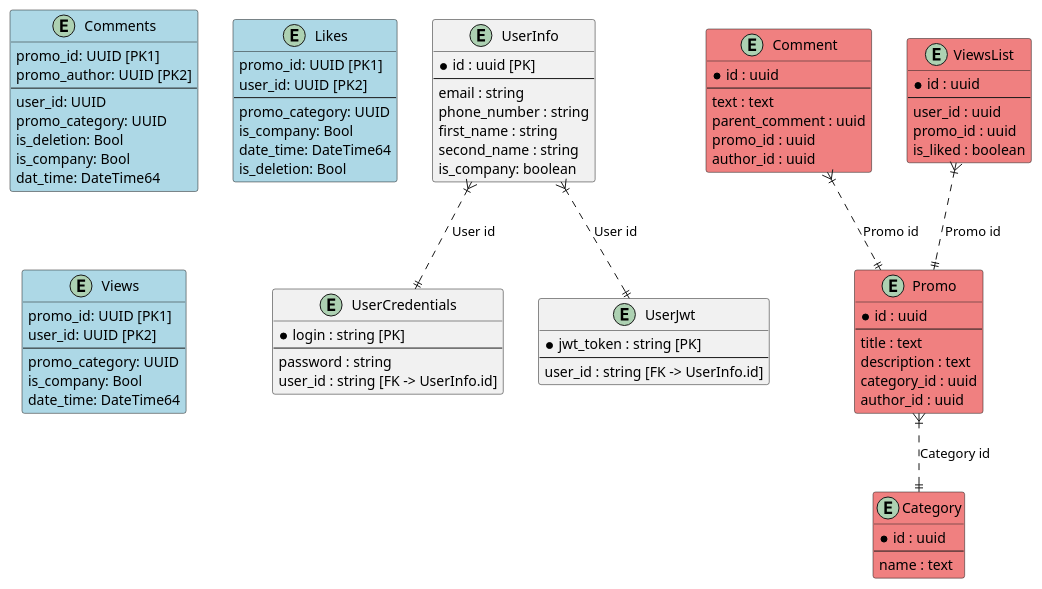
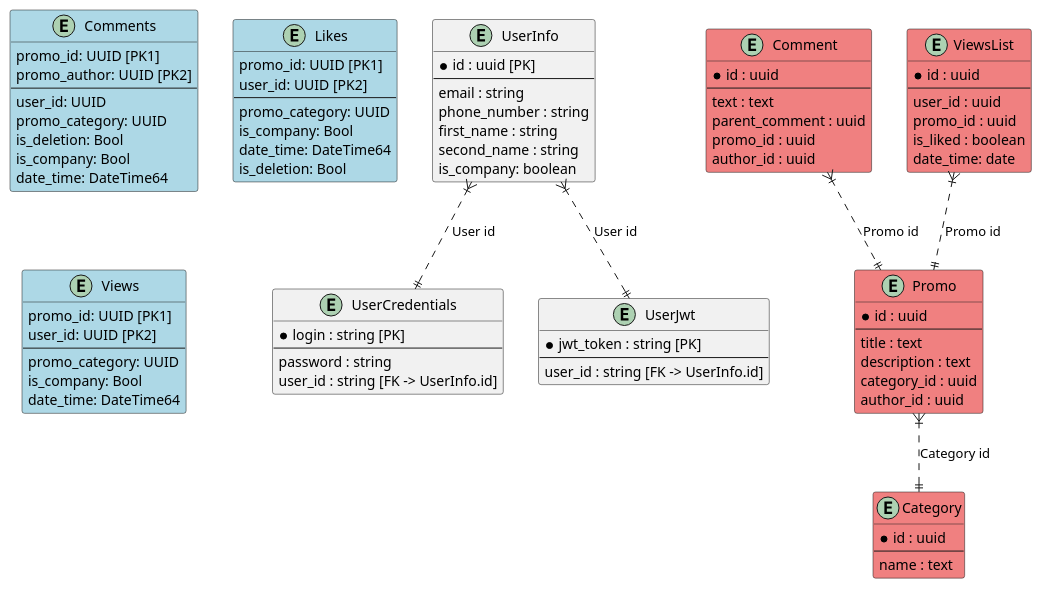
The diagram in doc/scheme.puml (danilabokhanov/loyatly-program-platform), drawn with PlantUML before and after one commit. The commit also changed 1 other file, not shown here.

```diff
--- a/doc/scheme.puml
+++ b/doc/scheme.puml
@@ -1,97 +1,98 @@
 @startuml
 
 entity "UserInfo" {
     * id : uuid [PK]
     --
     email : string
     phone_number : string
     first_name : string
     second_name : string
     is_company: boolean
 }
 
 entity "UserCredentials" {
     * login : string [PK]
     --
     password : string
     user_id : string [FK -> UserInfo.id]
 }
 
 entity "UserJwt" {
     * jwt_token : string [PK]
     --
     user_id : string [FK -> UserInfo.id]
 }
 
 UserInfo }|..|| UserCredentials : "User id"
 UserInfo }|..|| UserJwt : "User id"
 
 
 entity Promo #lightcoral {
     *id : uuid
     --
     title : text
     description : text
     category_id : uuid
     author_id : uuid
 }
 
 entity Category #lightcoral {
     *id : uuid
     --
     name : text
 }
 
 entity Comment #lightcoral {
     *id : uuid
     --
     text : text
     parent_comment : uuid
     promo_id : uuid
     author_id : uuid
 }
 
 entity ViewsList #lightcoral {
     *id : uuid
     --
     user_id : uuid
     promo_id : uuid
     is_liked : boolean
+    date_time: date
 }
 
 Promo }|..|| Category : "Category id"
 Comment }|..|| Promo : "Promo id"
 ViewsList }|..|| Promo : "Promo id"
 
 entity Comments #lightblue {
     promo_id: UUID [PK1]
     promo_author: UUID [PK2]
     --
     user_id: UUID
     promo_category: UUID
     is_deletion: Bool
     is_company: Bool
-    dat_time: DateTime64
+    date_time: DateTime64
 }
 
 entity Likes #lightblue {
     promo_id: UUID [PK1]
     user_id: UUID [PK2]
     --
     promo_category: UUID
     is_company: Bool
     date_time: DateTime64
     is_deletion: Bool
 }
 
 entity Views #lightblue {
     promo_id: UUID [PK1]
     user_id: UUID [PK2]
     --
     promo_category: UUID
     is_company: Bool
     date_time: DateTime64
 }
 
 
 @enduml
```
